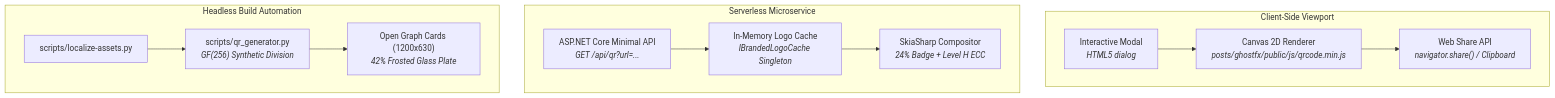
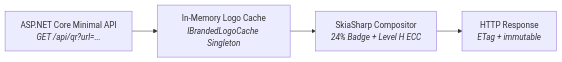
Before and after one commit to jochenkirstaetter/getblogged: the third of 4 diagrams in posts/draft/mastering-the-matrix-qr-code-generation.md, drawn with Mermaid. The commit also changed other lines of this file and 1 other file, not shown here.

````diff
--- a/posts/draft/mastering-the-matrix-qr-code-generation.md
+++ b/posts/draft/mastering-the-matrix-qr-code-generation.md
@@ -256,17 +263,6 @@
 ```mermaid
-flowchart TD
-    subgraph Client["Client-Side Viewport"]
-        Modal["Interactive Modal<br/><i>HTML5 dialog</i>"] --> Canvas["Canvas 2D Renderer<br/><i>posts/ghostfx/public/js/qrcode.min.js</i>"]
-        Canvas --> Share["Web Share API<br/><i>navigator.share() / Clipboard</i>"]
-    end
-
-    subgraph Microservice["Serverless Microservice"]
-        API["ASP.NET Core Minimal API<br/><i>GET /api/qr?url=...</i>"] --> Cache["In-Memory Logo Cache<br/><i>IBrandedLogoCache Singleton</i>"]
-        Cache --> Skia["SkiaSharp Compositor<br/><i>24% Badge + Level H ECC</i>"]
-    end
-
-    subgraph Pipeline["Headless Build Automation"]
-        PreBuild["scripts/localize-assets.py"] --> MatrixPy["scripts/qr_generator.py<br/><i>GF(256) Synthetic Division</i>"]
-        MatrixPy --> OGCard["Open Graph Cards (1200x630)<br/><i>42% Frosted Glass Plate</i>"]
-    end
+flowchart LR
+    API["ASP.NET Core Minimal API<br/><i>GET /api/qr?url=...</i>"] --> Cache["In-Memory Logo Cache<br/><i>IBrandedLogoCache Singleton</i>"]
+    Cache --> Skia["SkiaSharp Compositor<br/><i>24% Badge + Level H ECC</i>"]
+    Skia --> Response["HTTP Response<br/><i>ETag + immutable</i>"]
 ```
````
